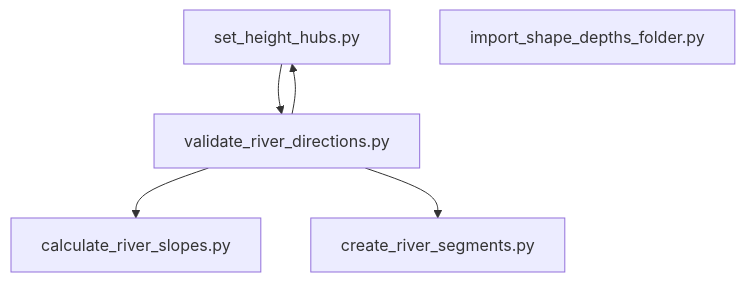
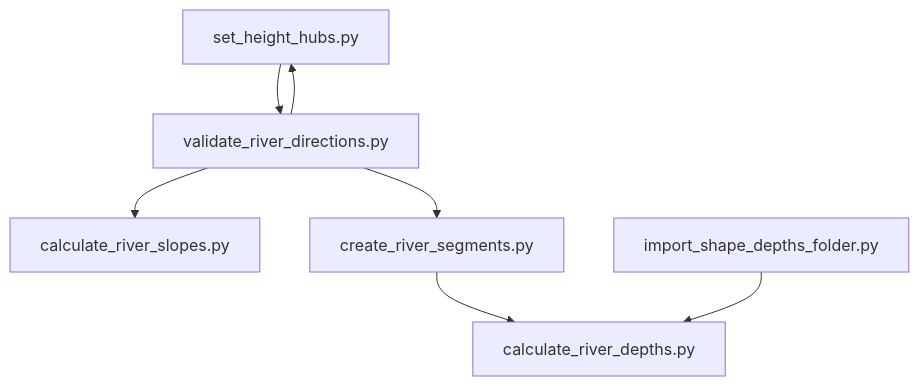
One commit to Simulation-of-Traffic-and-Transport/SiTT changed the diagram in examples/README.md. Above: the diagram before and after it, drawn with Mermaid. The commit also changed other lines of this file and 2 other files, not shown here.

Commit message:
River depths calculation.

````diff
--- a/examples/README.md
+++ b/examples/README.md
@@ -51,13 +53,15 @@
 ```mermaid
 flowchart TB
     
 HUBS[set_height_hubs.py]
 VALIDATE[validate_river_directions.py]
 SLOPES[calculate_river_slopes.py]
 SEGMENTS[create_river_segments.py]
 IMPORT_DEPTHS[import_shape_depths_folder.py]
+DEPTHS[calculate_river_depths.py]
 
 HUBS --> VALIDATE --> SLOPES
 VALIDATE --> HUBS
-VALIDATE --> SEGMENTS
+VALIDATE --> SEGMENTS-->DEPTHS
+IMPORT_DEPTHS-->DEPTHS
 ```
````
